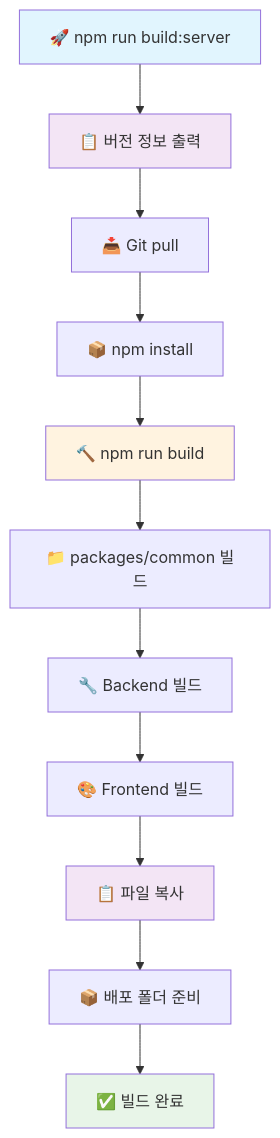
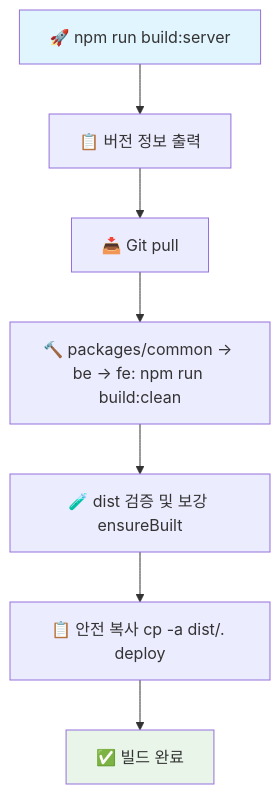
The fifth of 7 diagrams in script/README-SERVER-DEPLOYMENT.md (sweetk-dev/05-IITP-DABT-Admin), drawn with Mermaid before and after one commit. The commit also changed other lines of this file and 5 other files, not shown here.

````diff
--- a/script/README-SERVER-DEPLOYMENT.md
+++ b/script/README-SERVER-DEPLOYMENT.md
@@ -198,19 +192,12 @@
 ```mermaid
 flowchart TD
     A[🚀 npm run build:server] --> B[📋 버전 정보 출력]
     B --> C[📥 Git pull]
-    C --> D[📦 npm install]
-    D --> E[🔨 npm run build]
-    E --> F[📁 packages/common 빌드]
-    F --> G[🔧 Backend 빌드]
-    G --> H[🎨 Frontend 빌드]
-    H --> I[📋 파일 복사]
-    I --> J[📦 배포 폴더 준비]
-    J --> K[✅ 빌드 완료]
+    C --> D[🔨 packages/common → be → fe: npm run build:clean]
+    D --> E[🧪 dist 검증 및 보강 ensureBuilt]
+    E --> F[📋 안전 복사 cp -a dist/. deploy]
+    F --> G[✅ 빌드 완료]
     
     style A fill:#e1f5fe
-    style B fill:#f3e5f5
-    style K fill:#e8f5e8
-    style E fill:#fff3e0
-    style I fill:#f3e5f5
+    style G fill:#e8f5e8
 ```
````
